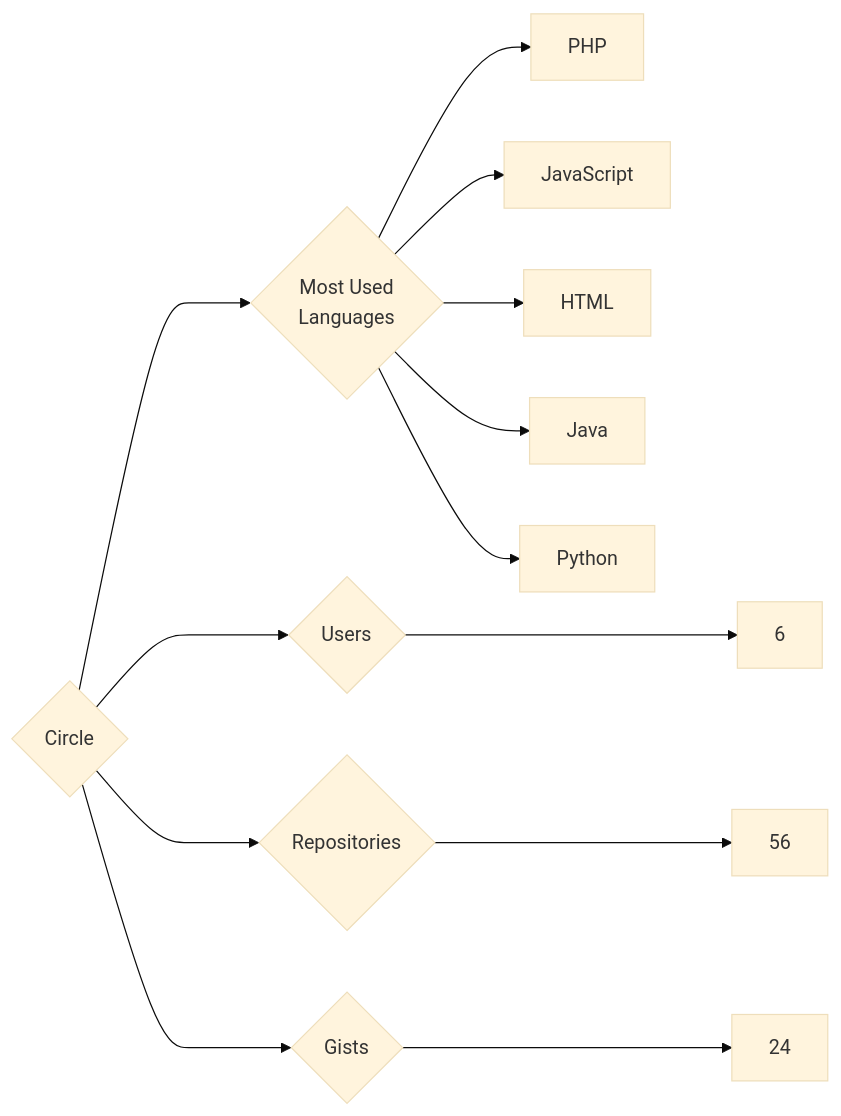
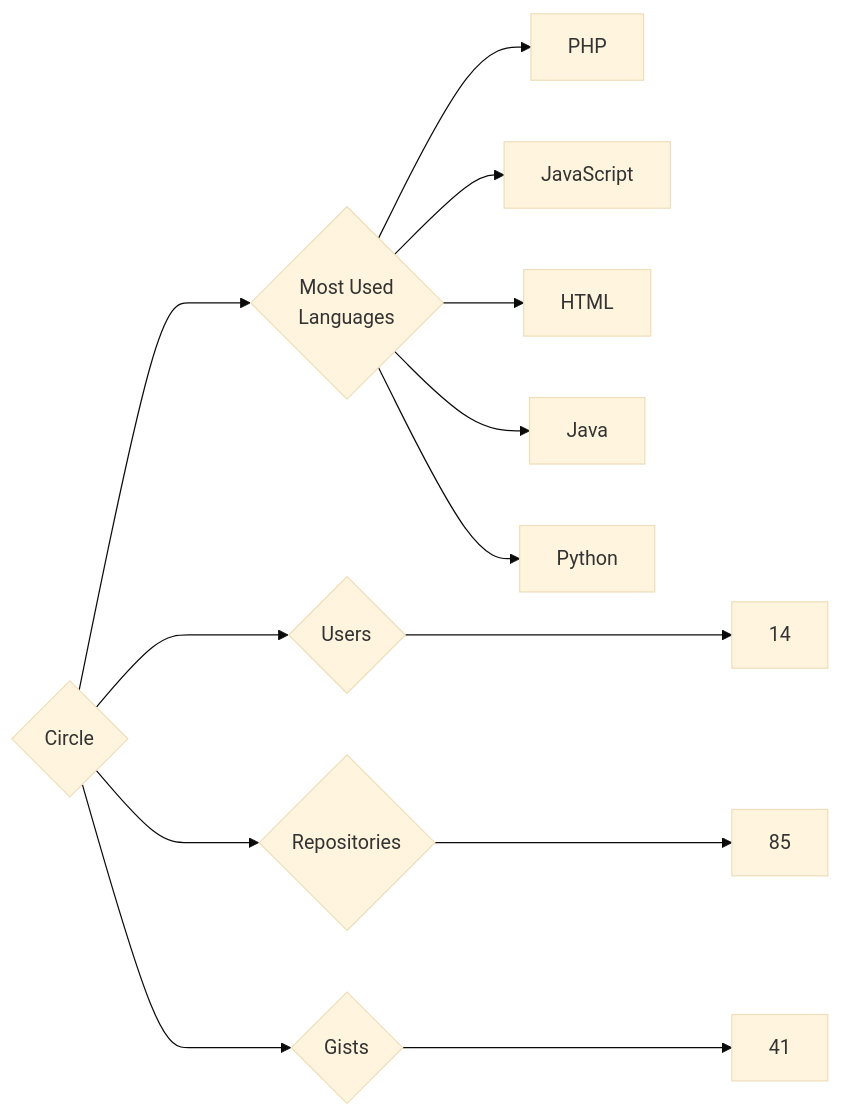
One commit to trickest/insiders changed the diagram in targets/Circle/README.md. Above: the diagram before and after it, drawn with Mermaid (base theme). The commit also changed 629 other files, not shown here.

````diff
--- a/targets/Circle/README.md
+++ b/targets/Circle/README.md
@@ -3,13 +3,13 @@
 ```mermaid
 graph LR
 COMPANY_NAME{Circle}
-COMPANY_NAME ---> U{Users} ---> UN[6]
-COMPANY_NAME ---> R{Repositories} ---> RN[56]
-COMPANY_NAME ---> G{Gists} ---> GN[24]
+COMPANY_NAME ---> U{Users} ---> UN[14]
+COMPANY_NAME ---> R{Repositories} ---> RN[85]
+COMPANY_NAME ---> G{Gists} ---> GN[41]
 COMPANY_NAME ---> ML{Most Used<br>Languages}
 ML --> PHP[PHP]
 ML --> JavaScript[JavaScript]
 ML --> HTML[HTML]
 ML --> Java[Java]
 ML --> Python[Python]
 ```
````
